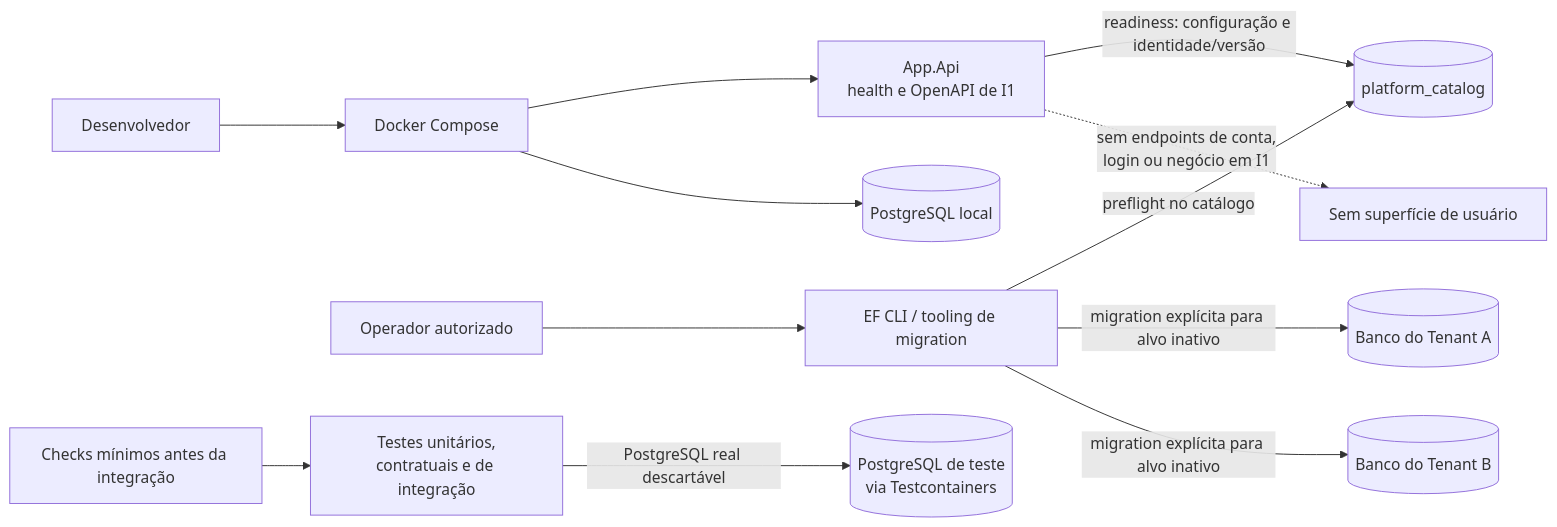
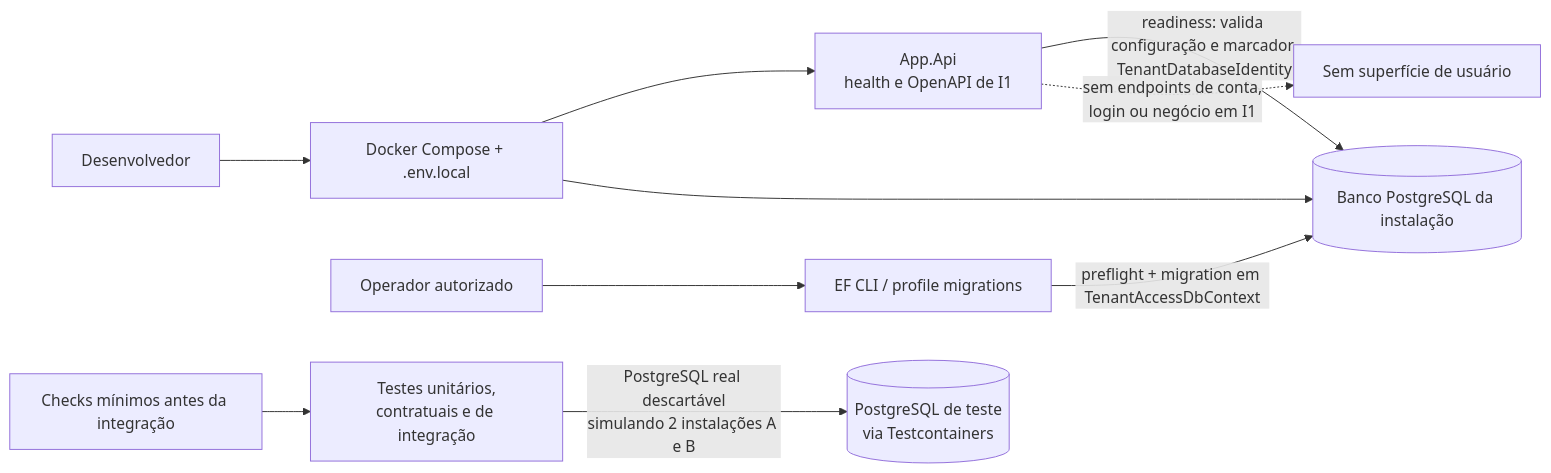
The second of 2 diagrams in specs/001-fullstack-foundation/architecture.md (EduardoMichetti/boilerplate-react-dotnet-sdd), drawn with Mermaid before and after one commit. The commit also changed other lines of this file and 9 other files, not shown here.

````diff
--- a/specs/001-fullstack-foundation/architecture.md
+++ b/specs/001-fullstack-foundation/architecture.md
@@ -73,17 +74,15 @@
 ```mermaid
 flowchart LR
-    Dev[Desenvolvedor] --> Compose[Docker Compose]
+    Dev[Desenvolvedor] --> Compose[Docker Compose + .env.local]
     Compose --> Api[App.Api<br/>health e OpenAPI de I1]
-    Compose --> Pg[(PostgreSQL local)]
+    Compose --> Pg[(Banco PostgreSQL da instalação)]
 
-    Operator[Operador autorizado] --> Tool[EF CLI / tooling de migration]
-    Tool -->|preflight no catálogo| Catalog[(platform_catalog)]
-    Tool -->|migration explícita para alvo inativo| TenantA[(Banco do Tenant A)]
-    Tool -->|migration explícita para alvo inativo| TenantB[(Banco do Tenant B)]
+    Operator[Operador autorizado] --> Tool[EF CLI / profile migrations]
+    Tool -->|preflight + migration em TenantAccessDbContext| Pg
 
-    Api -->|readiness: configuração e identidade/versão| Catalog
+    Api -->|readiness: valida configuração e marcador TenantDatabaseIdentity| Pg
     Api -. sem endpoints de conta,<br/>login ou negócio em I1 .-> NoRoutes[Sem superfície de usuário]
 
     CI[Checks mínimos antes da integração] --> Tests[Testes unitários,<br/>contratuais e de integração]
-    Tests -->|PostgreSQL real descartável| TestPg[(PostgreSQL de teste<br/>via Testcontainers)]
+    Tests -->|PostgreSQL real descartável<br/>simulando 2 instalações A e B| TestPg[(PostgreSQL de teste<br/>via Testcontainers)]
 ```
````
